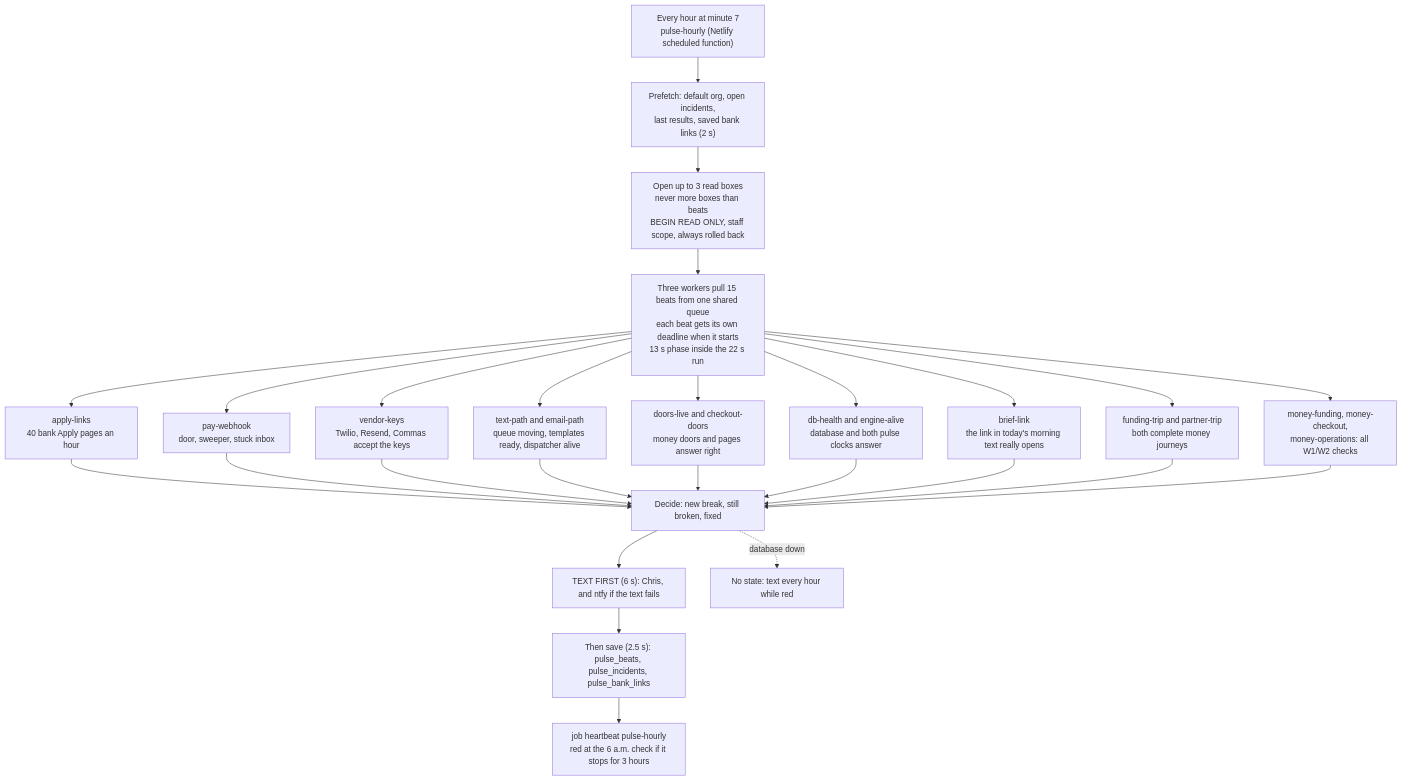
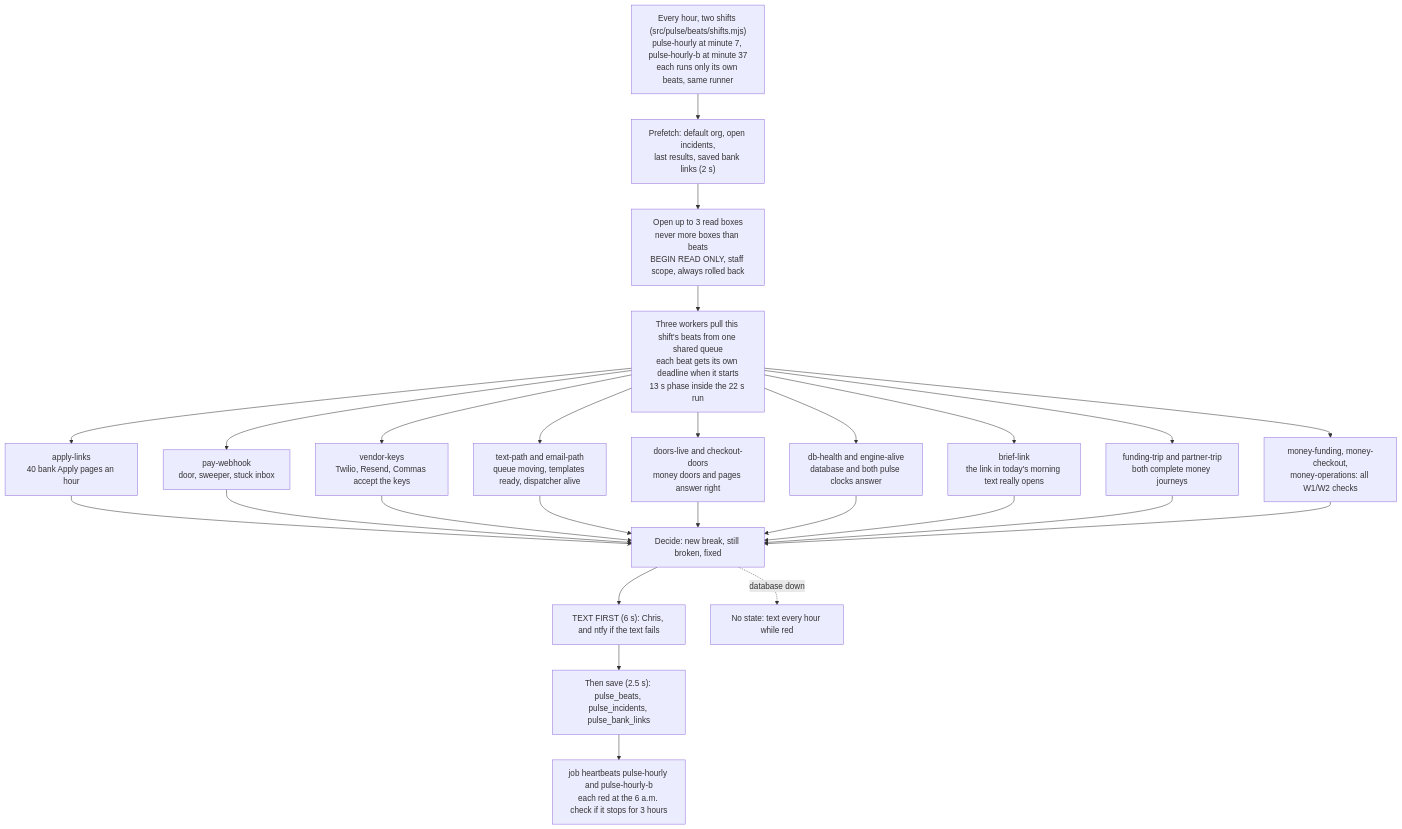
The second of 5 diagrams in docs/journeys/heartbeat-flow.md (ZootimusMaximusSupreme/fundhub-platform), drawn with Mermaid before and after one commit. The commit also changed other lines of this file and 3 other files, not shown here.

Commit message:
Pulse hourly capacity: heartbeat picture, changelog and capacity board show the two shifts

````diff
--- a/docs/journeys/heartbeat-flow.md
+++ b/docs/journeys/heartbeat-flow.md
@@ -90,28 +90,28 @@
 ```mermaid
 flowchart TD
-    CLOCK["Every hour at minute 7<br/>pulse-hourly (Netlify scheduled function)"] --> PRE["Prefetch: default org, open incidents,<br/>last results, saved bank links (2 s)"]
+    CLOCK["Every hour, two shifts (src/pulse/beats/shifts.mjs)<br/>pulse-hourly at minute 7, pulse-hourly-b at minute 37<br/>each runs only its own beats, same runner"] --> PRE["Prefetch: default org, open incidents,<br/>last results, saved bank links (2 s)"]
     PRE --> BOX["Open up to 3 read boxes<br/>never more boxes than beats<br/>BEGIN READ ONLY, staff scope, always rolled back"]
-    BOX --> BEATS["Three workers pull 15 beats from one shared queue<br/>each beat gets its own deadline when it starts<br/>13 s phase inside the 22 s run"]
+    BOX --> BEATS["Three workers pull this shift's beats from one shared queue<br/>each beat gets its own deadline when it starts<br/>13 s phase inside the 22 s run"]
     BEATS --> B1["apply-links<br/>40 bank Apply pages an hour"]
     BEATS --> B2["pay-webhook<br/>door, sweeper, stuck inbox"]
     BEATS --> B3["vendor-keys<br/>Twilio, Resend, Commas accept the keys"]
     BEATS --> B4["text-path and email-path<br/>queue moving, templates ready, dispatcher alive"]
     BEATS --> B5["doors-live and checkout-doors<br/>money doors and pages answer right"]
     BEATS --> B6["db-health and engine-alive<br/>database and both pulse clocks answer"]
     BEATS --> B7["brief-link<br/>the link in today's morning text really opens"]
     BEATS --> B8["funding-trip and partner-trip<br/>both complete money journeys"]
     BEATS --> B9["money-funding, money-checkout,<br/>money-operations: all W1/W2 checks"]
     B1 --> DECIDE["Decide: new break, still broken, fixed"]
     B2 --> DECIDE
     B3 --> DECIDE
     B4 --> DECIDE
     B5 --> DECIDE
     B6 --> DECIDE
     B7 --> DECIDE
     B8 --> DECIDE
     B9 --> DECIDE
     DECIDE --> TEXT["TEXT FIRST (6 s): Chris, and ntfy if the text fails"]
     TEXT --> REC["Then save (2.5 s): pulse_beats, pulse_incidents, pulse_bank_links"]
-    REC --> BEAT["job heartbeat pulse-hourly<br/>red at the 6 a.m. check if it stops for 3 hours"]
+    REC --> BEAT["job heartbeats pulse-hourly and pulse-hourly-b<br/>each red at the 6 a.m. check if it stops for 3 hours"]
     DECIDE -.->|database down| FALL["No state: text every hour while red"]
 ```
````
